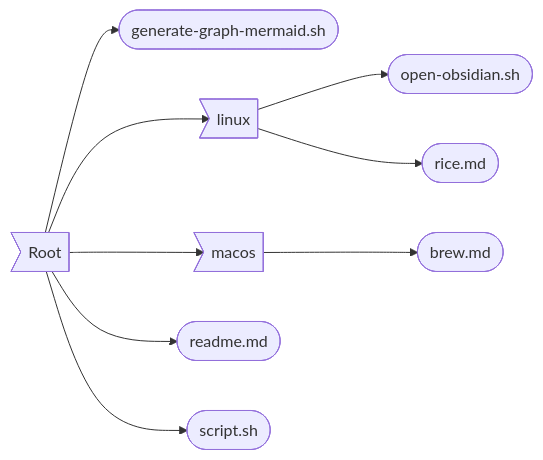
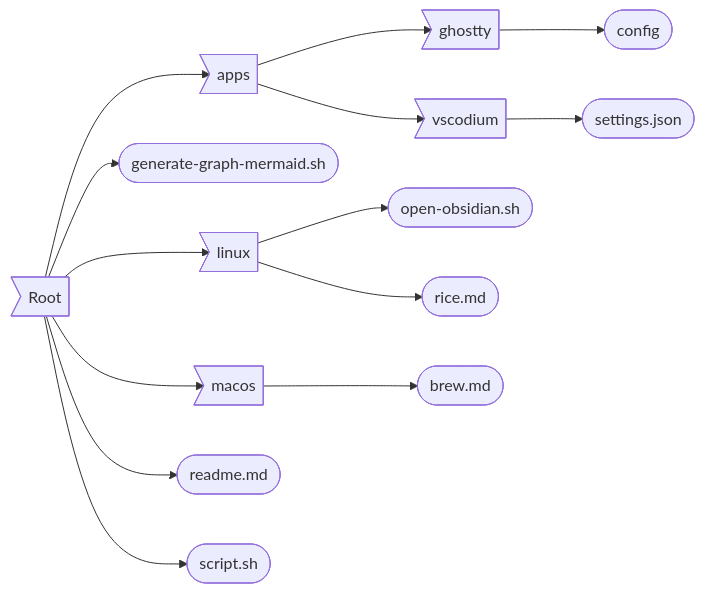
Before and after one commit to tylerwhite-dev/dotfiles: the diagram in readme.md, drawn with Mermaid.

````diff
--- a/readme.md
+++ b/readme.md
@@ -1,12 +1,17 @@
 ```mermaid
 graph LR;
     Root[.]
+    Root>Root] --> apps>apps]
+    apps>apps] --> ghostty>ghostty]
+    ghostty>ghostty] --> config([config])
+    apps>apps] --> vscodium>vscodium]
+    vscodium>vscodium] --> settings.json([settings.json])
     Root>Root] --> generate-graph-mermaid.sh([generate-graph-mermaid.sh])
     Root>Root] --> linux>linux]
     linux>linux] --> open-obsidian.sh([open-obsidian.sh])
     linux>linux] --> rice.md([rice.md])
     Root>Root] --> macos>macos]
     macos>macos] --> brew.md([brew.md])
     Root>Root] --> readme.md([readme.md])
     Root>Root] --> script.sh([script.sh])
 ```
````
